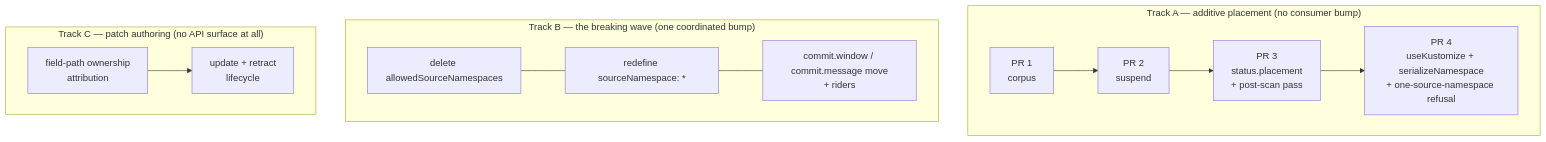
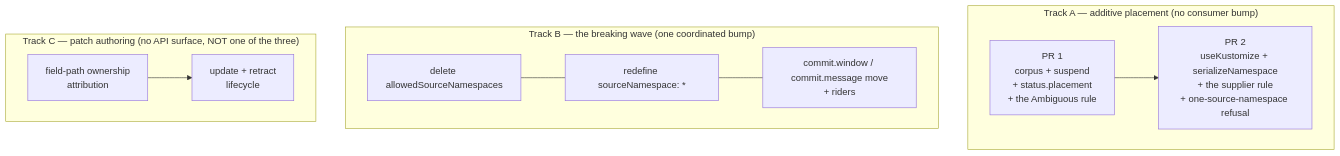
One commit to ConfigButler/gitops-reverser changed the diagram in docs/design/build-order.md. Above: the diagram before and after it, drawn with Mermaid. The commit also changed other lines of this file and 7 other files, not shown here.

````diff
--- a/docs/design/build-order.md
+++ b/docs/design/build-order.md
@@ -17,16 +17,16 @@
 ```mermaid
 flowchart TB
   subgraph A["Track A — additive placement (no consumer bump)"]
     direction LR
-    A1["PR 1<br/>corpus"] --> A2["PR 2<br/>suspend"] --> A3["PR 3<br/>status.placement<br/>+ post-scan pass"] --> A4["PR 4<br/>useKustomize + serializeNamespace<br/>+ one-source-namespace refusal"]
+    A1["PR 1<br/>corpus + suspend<br/>+ status.placement<br/>+ the Ambiguous rule"] --> A2["PR 2<br/>useKustomize + serializeNamespace<br/>+ the supplier rule<br/>+ one-source-namespace refusal"]
   end
   subgraph B["Track B — the breaking wave (one coordinated bump)"]
     direction LR
     B1["delete allowedSourceNamespaces"] --- B2["redefine sourceNamespace: *"]
     B2 --- B3["commit.window / commit.message move<br/>+ riders"]
   end
-  subgraph C["Track C — patch authoring (no API surface at all)"]
+  subgraph C["Track C — patch authoring (no API surface, NOT one of the three)"]
     direction LR
     C1["field-path ownership<br/>attribution"] --> C2["update + retract<br/>lifecycle"]
   end
 ```
````
